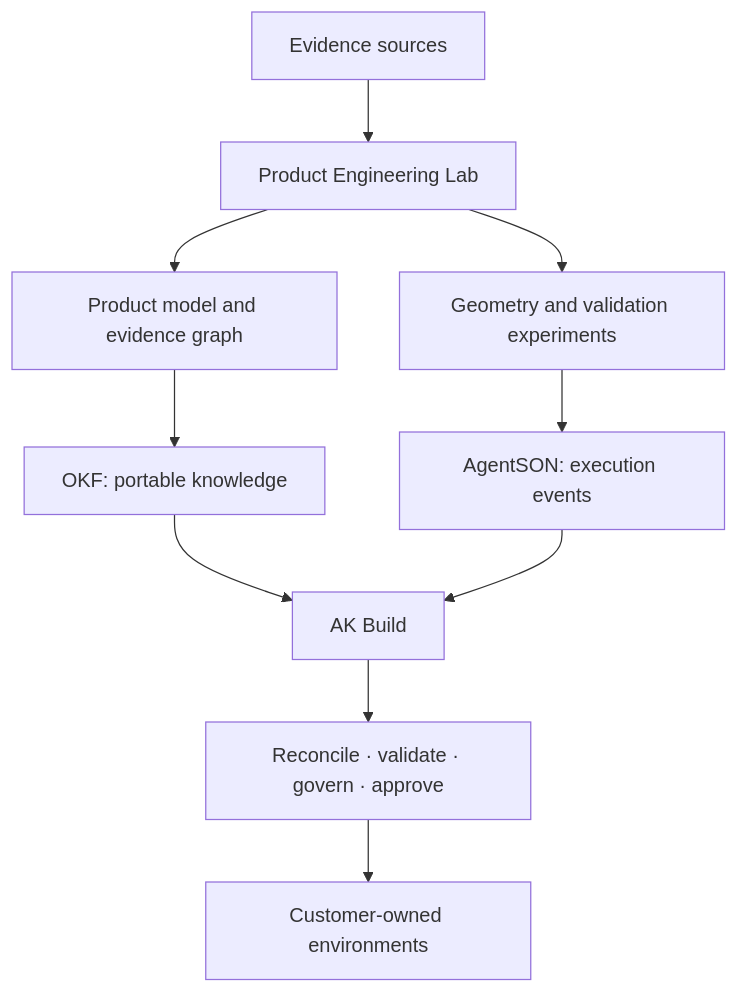
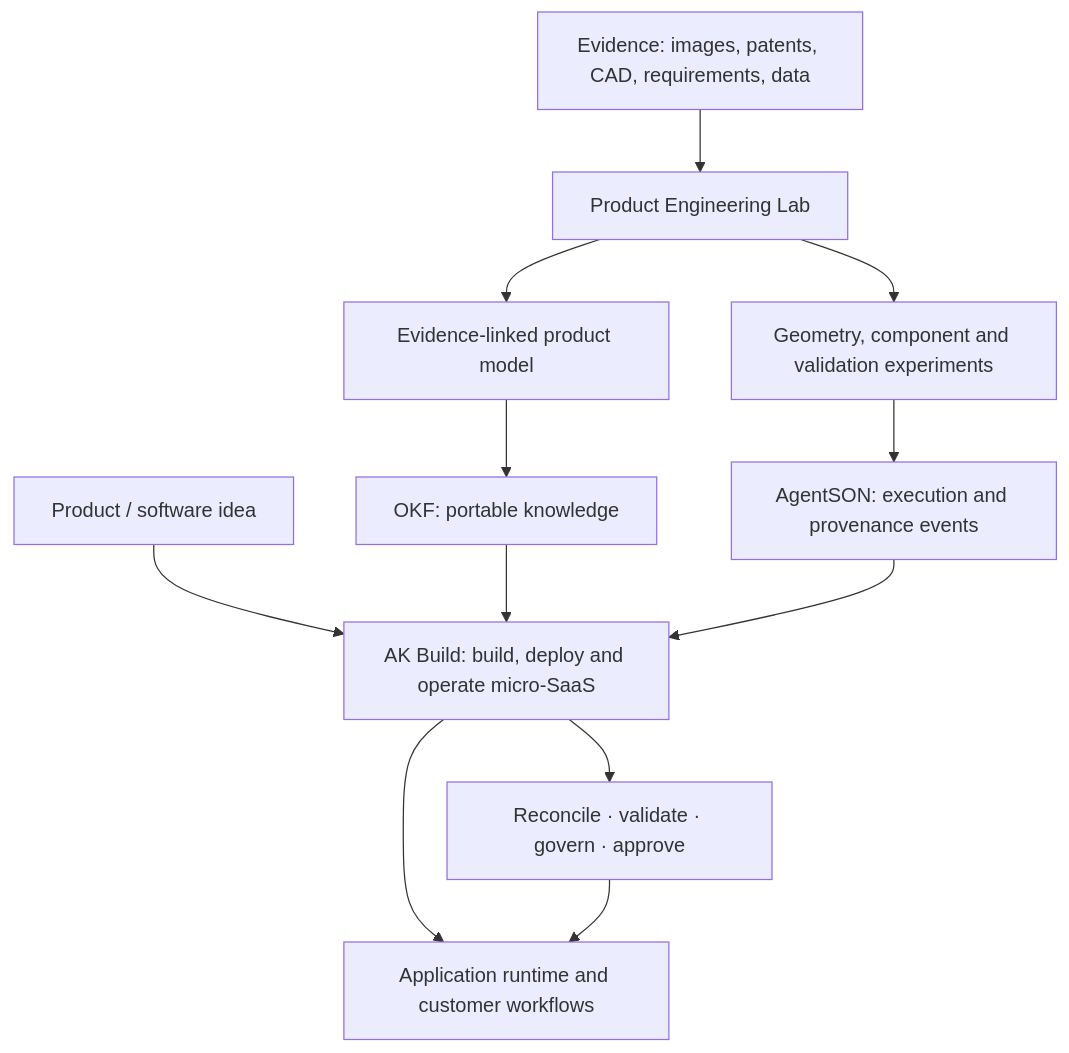
One commit to andiekobbietks/product-engineering-lab changed the diagram in docs/architecture.md. Above: the diagram before and after it, drawn with Mermaid. The commit also changed other lines of this file, not shown here.

Commit message:
Clarify AK Build productisation boundary and Lab relationship

````diff
--- a/docs/architecture.md
+++ b/docs/architecture.md
@@ -3,12 +5,14 @@
-```mermaid
+~~~mermaid
 flowchart TD
- E[Evidence sources] --> L[Product Engineering Lab]
- L --> P[Product model and evidence graph]
- L --> G[Geometry and validation experiments]
+ I[Product / software idea] --> B[AK Build: build, deploy and operate micro-SaaS]
+ B --> S[Application runtime and customer workflows]
+ E[Evidence: images, patents, CAD, requirements, data] --> L[Product Engineering Lab]
+ L --> P[Evidence-linked product model]
+ L --> G[Geometry, component and validation experiments]
  P --> O[OKF: portable knowledge]
- G --> A[AgentSON: execution events]
- O --> K[AK Build]
- A --> K
- K --> R[Reconcile · validate · govern · approve]
- R --> D[Customer-owned environments]
-```
+ G --> A[AgentSON: execution and provenance events]
+ O --> B
+ A --> B
+ B --> R[Reconcile · validate · govern · approve]
+ R --> S
+~~~
````
